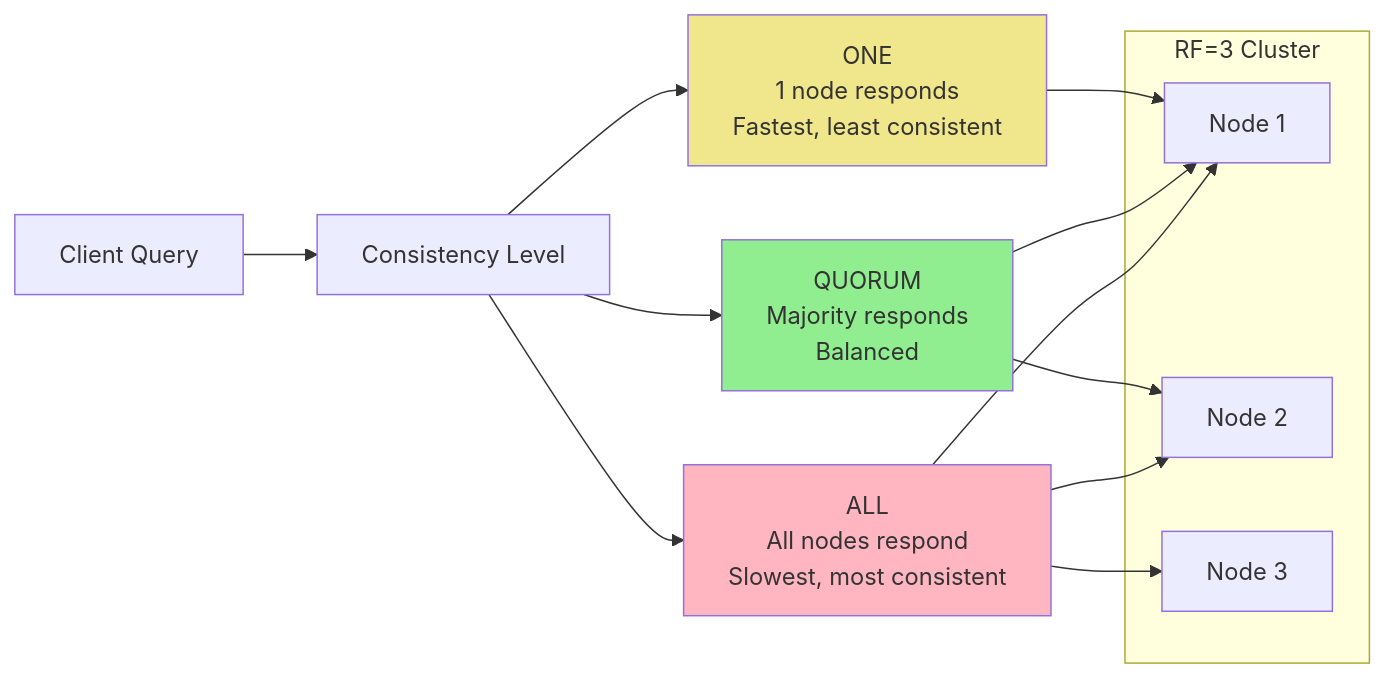
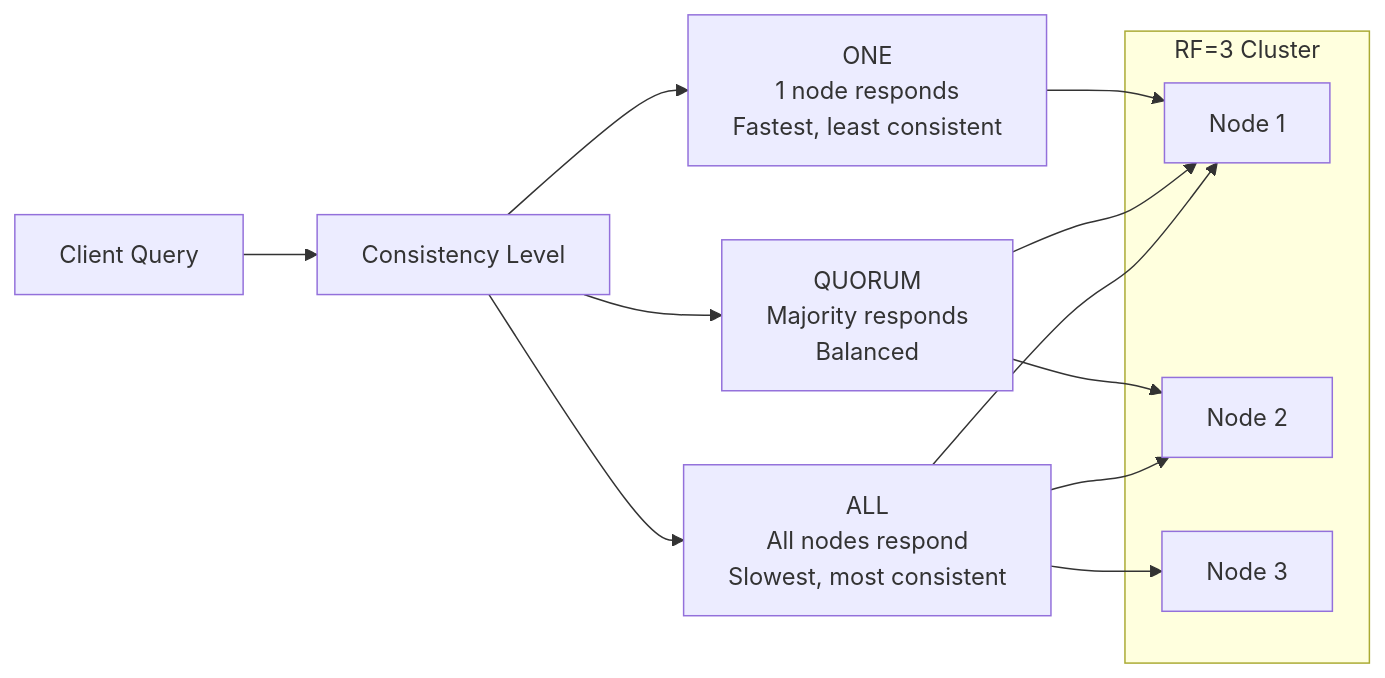
One commit to Ritahchanger/system_design changed the eighth of 15 diagrams in databases/docs/nosql.md. Above: the diagram before and after it, drawn with Mermaid. The commit also changed other lines of this file and 5 other files, not shown here.

Commit message:
Updated visual diagrams and added readme for database case studies

````diff
--- a/databases/docs/nosql.md
+++ b/databases/docs/nosql.md
@@ -361,25 +351,22 @@
 ```mermaid
 graph LR
     Client[Client Query] --> CL[Consistency Level]
     
     CL --> ONE[ONE<br/>1 node responds<br/>Fastest, least consistent]
     CL --> QUORUM[QUORUM<br/>Majority responds<br/>Balanced]
     CL --> ALL[ALL<br/>All nodes respond<br/>Slowest, most consistent]
     
     subgraph "RF=3 Cluster"
         N1[Node 1] 
         N2[Node 2]
         N3[Node 3]
     end
     
     ONE --> N1
     QUORUM --> N1
     QUORUM --> N2
     ALL --> N1
     ALL --> N2
     ALL --> N3
     
-    style QUORUM fill:#90EE90
-    style ONE fill:#F0E68C
-    style ALL fill:#FFB6C1
 ```
````
